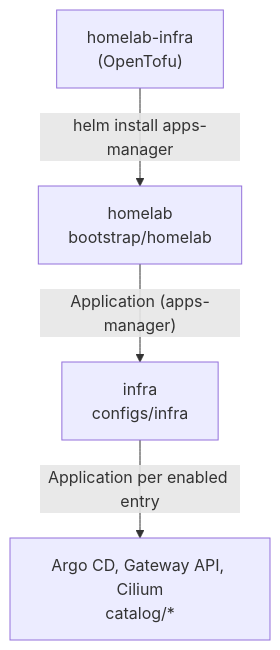
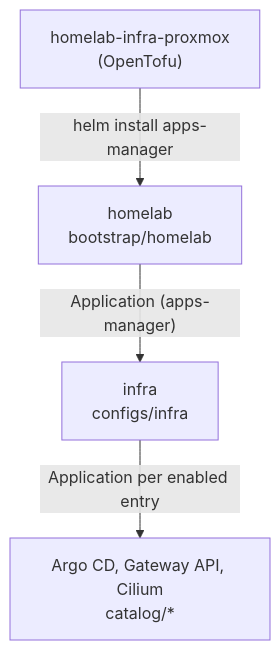
One commit to jkososki/homelab-apps changed the diagram in README.md. Above: the diagram before and after it, drawn with Mermaid. The commit also changed other lines of this file and 11 other files, not shown here.

````diff
--- a/README.md
+++ b/README.md
@@ -11,11 +11,11 @@
 ```mermaid
 flowchart TD
-    infra["homelab-infra<br/>(OpenTofu)"]
+    infra["homelab-infra-proxmox<br/>(OpenTofu)"]
     root["homelab<br/>bootstrap/homelab"]
     group["infra<br/>configs/infra"]
     apps["Argo CD, Gateway API, Cilium<br/>catalog/*"]
 
     infra -- "helm install apps-manager" --> root
     root -- "Application (apps-manager)" --> group
     group -- "Application per enabled entry" --> apps
 ```
````
